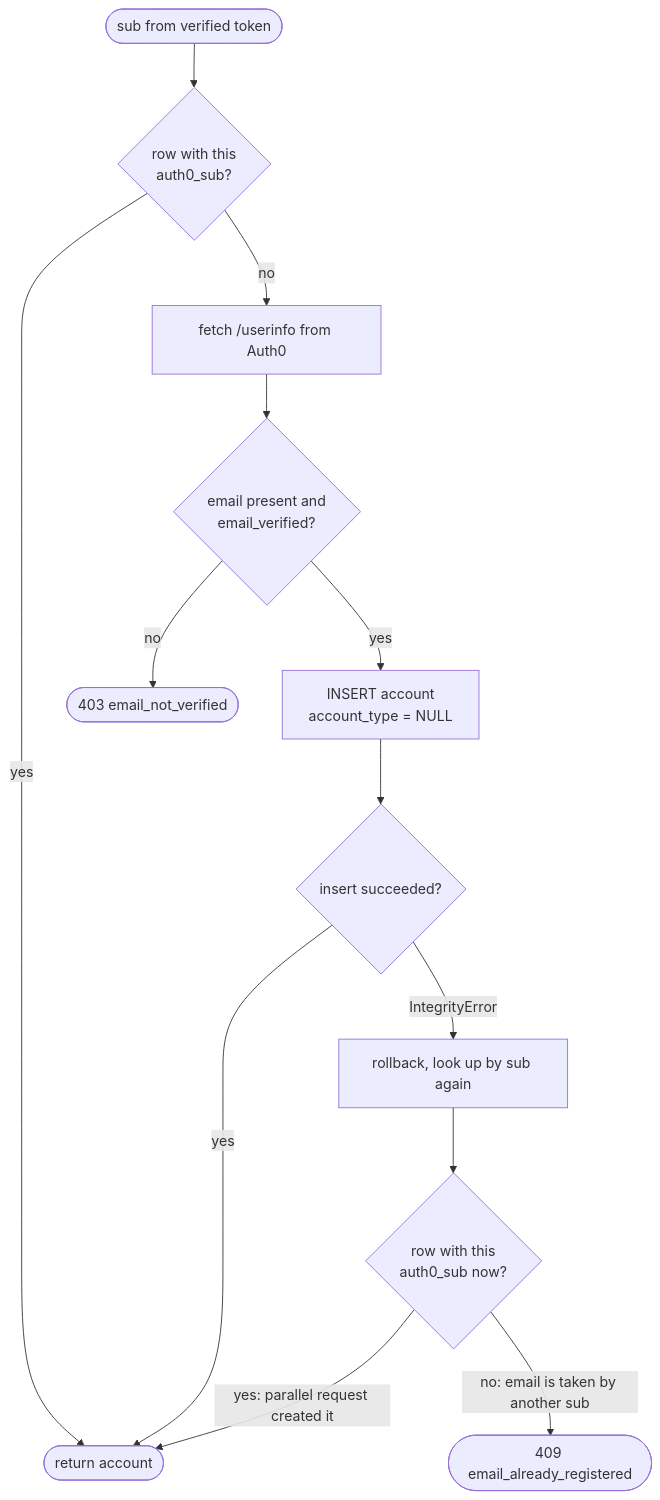
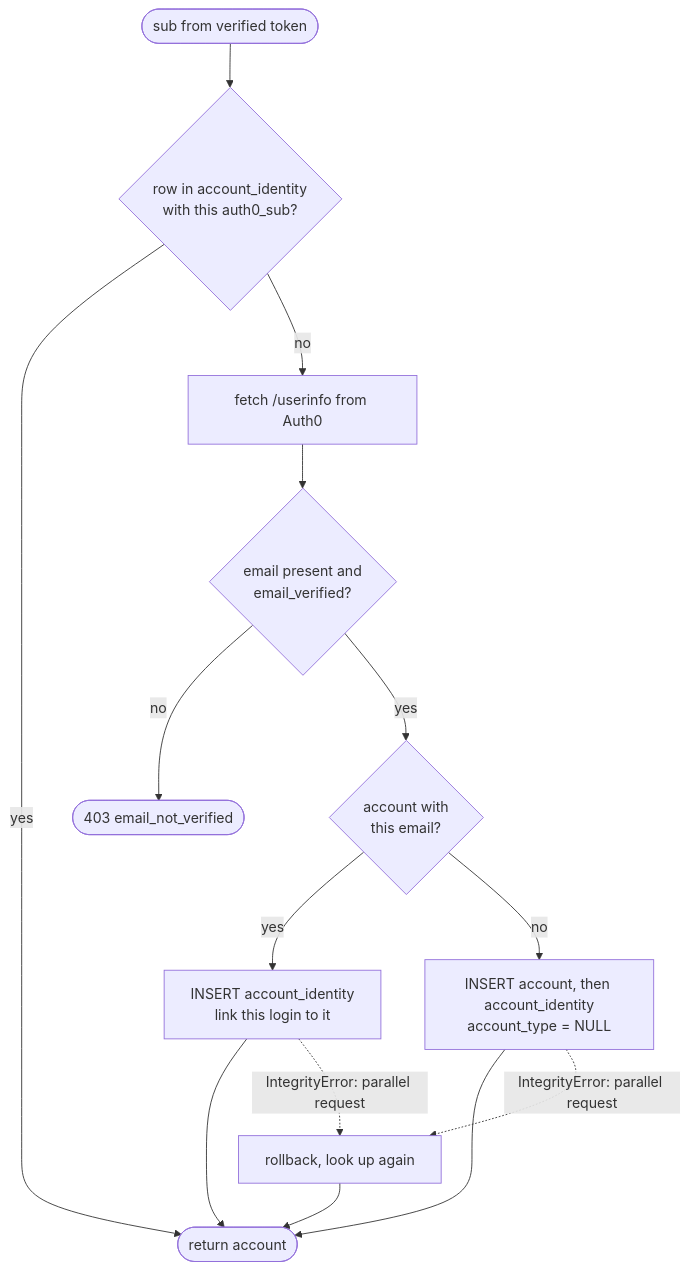
The third of 4 diagrams in docs/AUTH.md (sudo-nickPinto/CS440-Quiz-Platform), drawn with Mermaid before and after one commit. The commit also changed other lines of this file and 6 other files, not shown here.

First line of the commit message:
Link login methods to one account via account_identity

````diff
--- a/docs/AUTH.md
+++ b/docs/AUTH.md
@@ -56,15 +57,16 @@
 ```mermaid
 flowchart TD
-    S([sub from verified token]) --> Q{row with this<br/>auth0_sub?}
+    S([sub from verified token]) --> Q{row in account_identity<br/>with this auth0_sub?}
     Q -- yes --> RET([return account])
     Q -- no --> P[fetch /userinfo from Auth0]
     P --> V{email present and<br/>email_verified?}
     V -- no --> E403([403 email_not_verified])
-    V -- yes --> I[INSERT account<br/>account_type = NULL]
-    I --> OK{insert succeeded?}
-    OK -- yes --> RET
-    OK -- "IntegrityError" --> RB[rollback, look up by sub again]
-    RB --> F{row with this<br/>auth0_sub now?}
-    F -- "yes: parallel request created it" --> RET
-    F -- "no: email is taken by another sub" --> E409([409 email_already_registered])
+    V -- yes --> M{account with<br/>this email?}
+    M -- yes --> L[INSERT account_identity<br/>link this login to it]
+    M -- no --> I[INSERT account, then account_identity<br/>account_type = NULL]
+    L --> RET
+    I --> RET
+    I -. "IntegrityError: parallel request" .-> RB[rollback, look up again]
+    L -. "IntegrityError: parallel request" .-> RB
+    RB --> RET
 ```
````
